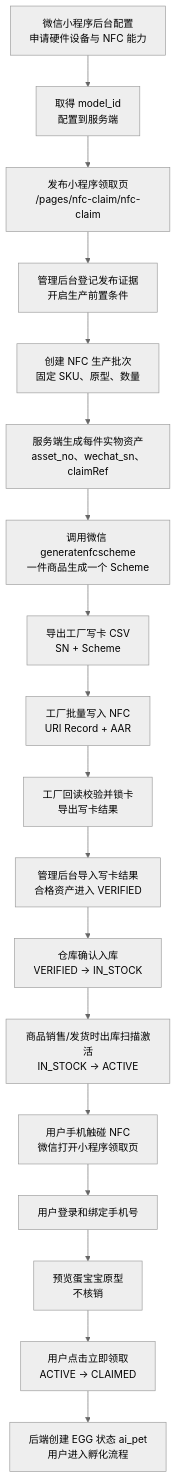
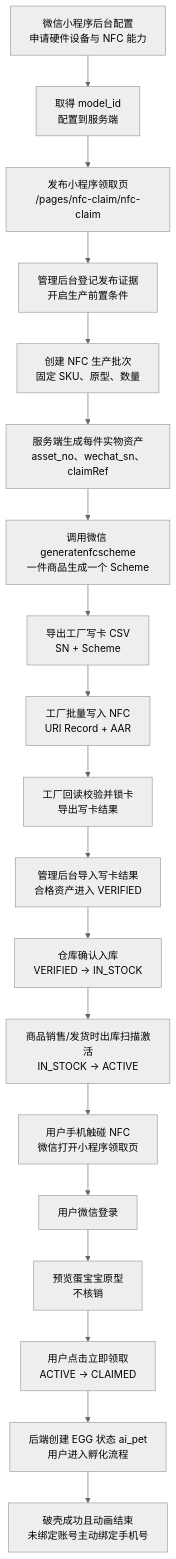
One commit to haixinke/xiaozhi-esp32-server changed the first of 20 diagrams in docs/nfc/egg-nfc-lifecycle-flow.md. Above: the diagram before and after it, drawn with Mermaid (neutral theme). The commit also changed other lines of this file and 104 other files, not shown here.

````diff
--- a/docs/nfc/egg-nfc-lifecycle-flow.md
+++ b/docs/nfc/egg-nfc-lifecycle-flow.md
@@ -23,20 +23,21 @@
 ```mermaid
 flowchart TD
     A["微信小程序后台配置<br/>申请硬件设备与 NFC 能力"] --> B["取得 model_id<br/>配置到服务端"]
     B --> C["发布小程序领取页<br/>/pages/nfc-claim/nfc-claim"]
     C --> D["管理后台登记发布证据<br/>开启生产前置条件"]
     D --> E["创建 NFC 生产批次<br/>固定 SKU、原型、数量"]
     E --> F["服务端生成每件实物资产<br/>asset_no、wechat_sn、claimRef"]
     F --> G["调用微信 generatenfcscheme<br/>一件商品生成一个 Scheme"]
     G --> H["导出工厂写卡 CSV<br/>SN + Scheme"]
     H --> I["工厂批量写入 NFC<br/>URI Record + AAR"]
     I --> J["工厂回读校验并锁卡<br/>导出写卡结果"]
     J --> K["管理后台导入写卡结果<br/>合格资产进入 VERIFIED"]
     K --> L["仓库确认入库<br/>VERIFIED -> IN_STOCK"]
     L --> M["商品销售/发货时出库扫描激活<br/>IN_STOCK -> ACTIVE"]
     M --> N["用户手机触碰 NFC<br/>微信打开小程序领取页"]
-    N --> O["用户登录和绑定手机号"]
+    N --> O["用户微信登录"]
     O --> P["预览蛋宝宝原型<br/>不核销"]
     P --> Q["用户点击立即领取<br/>ACTIVE -> CLAIMED"]
     Q --> R["后端创建 EGG 状态 ai_pet<br/>用户进入孵化流程"]
+    R --> S["破壳成功且动画结束<br/>未绑定账号主动绑定手机号"]
 ```
````
